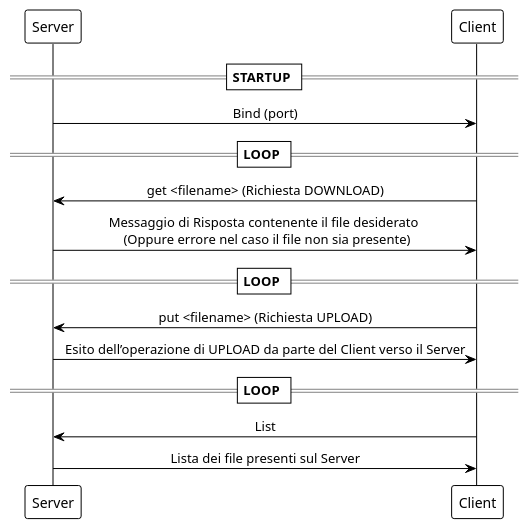
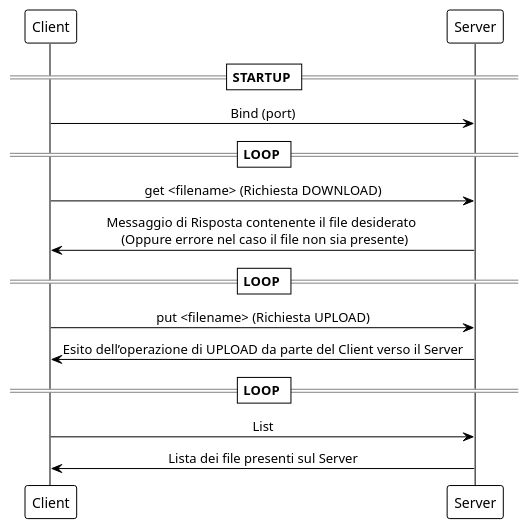
Before and after one commit to NIK4658/File-transfer-UDP: the diagram in Report/UML.plantuml, drawn with PlantUML.

Commit message:
Updated UML

```diff
--- a/Report/UML.plantuml
+++ b/Report/UML.plantuml
@@ -1,17 +1,17 @@
 @startuml UDP-Communication
 !theme plain
 skinparam SequenceMessageAlign center
 
 == STARTUP ==
-Server -> Client : Bind (port)
+Client -> Server : Bind (port)
 == LOOP ==
 Client -> Server : get <filename> (Richiesta DOWNLOAD)
 Server -> Client : Messaggio di Risposta contenente il file desiderato \n (Oppure errore nel caso il file non sia presente)
 == LOOP ==
 Client -> Server : put <filename> (Richiesta UPLOAD)
 Server -> Client : Esito dell’operazione di UPLOAD da parte del Client verso il Server
 == LOOP ==
 Client -> Server : List
 Server -> Client : Lista dei file presenti sul Server
 
 @enduml
```
